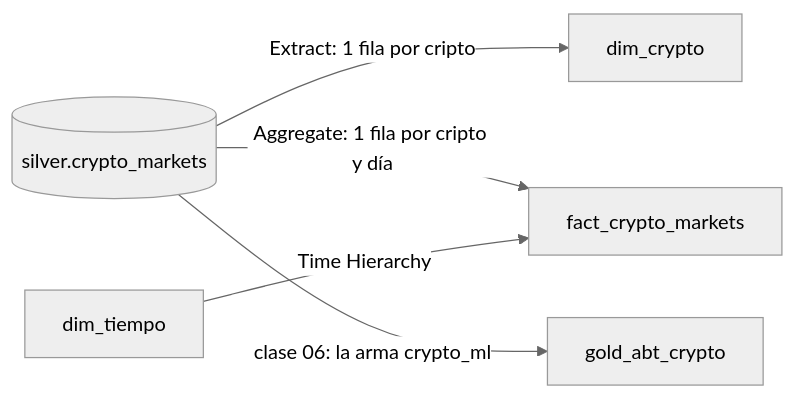
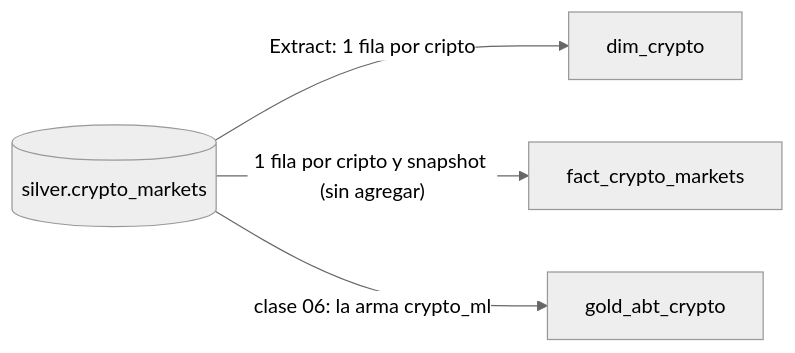
The second of 2 diagrams in clase05/README.md (juansokil/LCD-InfraCienciaDatos), drawn with Mermaid (neutral theme) before and after one commit. The commit also changed other lines of this file and 1 other file, not shown here.

````diff
--- a/clase05/README.md
+++ b/clase05/README.md
@@ -62,8 +62,7 @@
 ```mermaid
 graph LR
     S1[("silver.crypto_markets")] -->|"Extract: 1 fila por cripto"| D1[dim_crypto]
-    S1 -->|"Aggregate: 1 fila por cripto y día"| F1[fact_crypto_markets]
-    S3[dim_tiempo] -->|Time Hierarchy| F1
+    S1 -->|"1 fila por cripto y snapshot (sin agregar)"| F1[fact_crypto_markets]
 
     S1 -->|"clase 06: la arma crypto_ml"| A[gold_abt_crypto]
 ```
````
